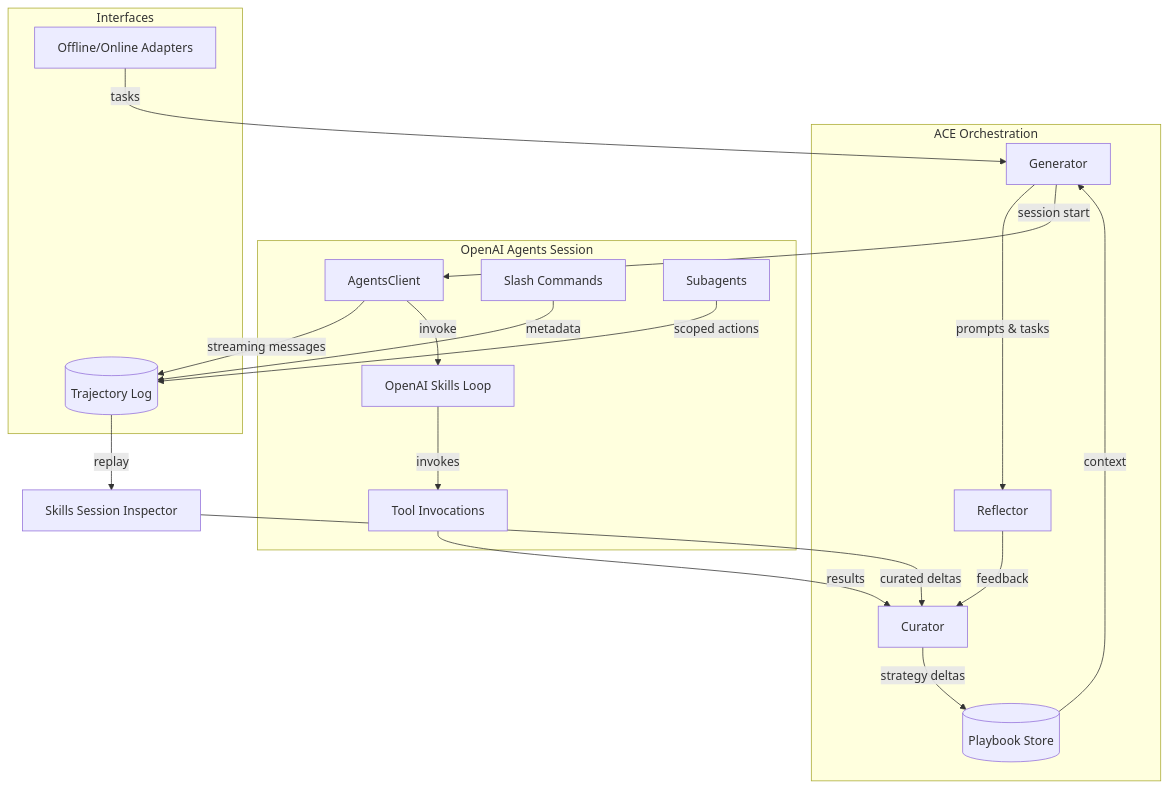
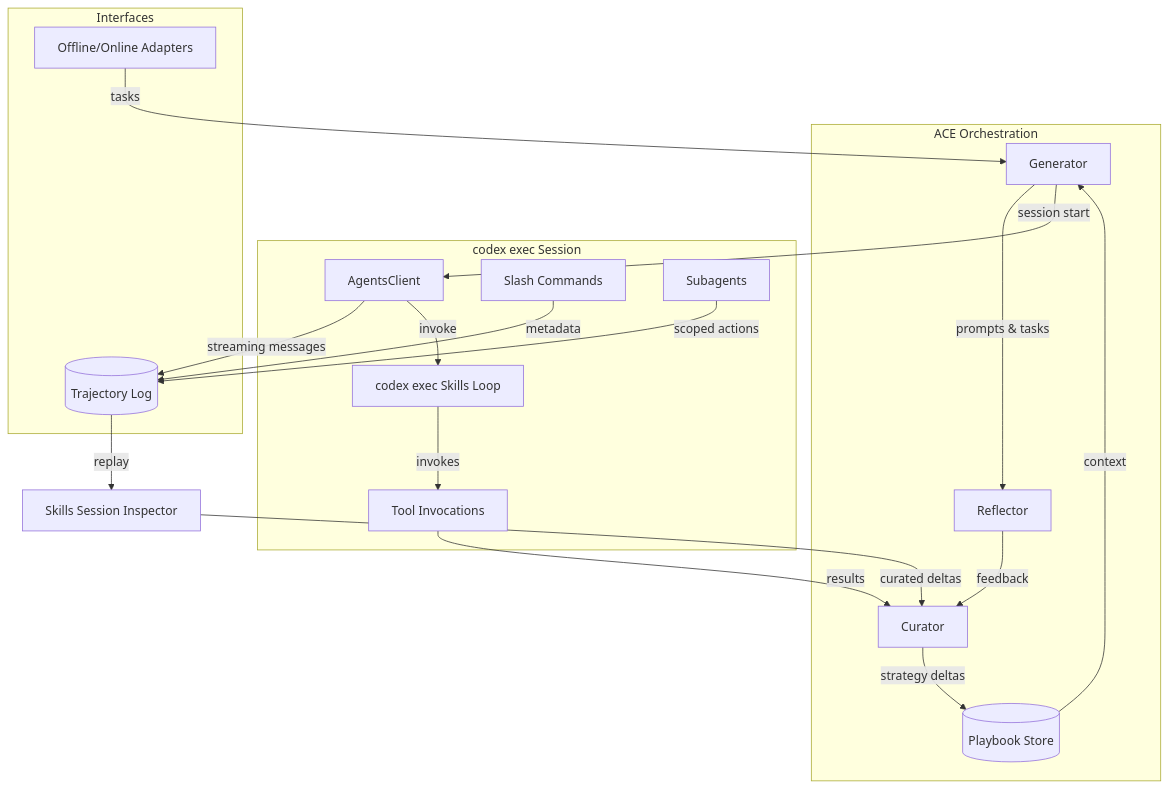
Before and after one commit to RawleySM/agentic-context-engine: the first of 4 diagrams in docs/ACEskills_plan.md, drawn with Mermaid. The commit also changed other lines of this file, not shown here.

Commit message:
Update skills plan to center codex exec integration

````diff
--- a/docs/ACEskills_plan.md
+++ b/docs/ACEskills_plan.md
@@ -125,37 +125,37 @@
 ```mermaid
 graph TD
     subgraph ACE Orchestration
         G[Generator]
         R[Reflector]
         C[Curator]
         PB[(Playbook Store)]
         G -- prompts & tasks --> R
         R -- feedback --> C
         C -- strategy deltas --> PB
         PB -- context --> G
     end
 
-    subgraph OpenAI Agents Session
+    subgraph codex exec Session
         OA[AgentsClient]
-        SK[OpenAI Skills Loop]
+        SK[codex exec Skills Loop]
         SC[Slash Commands]
         SA[Subagents]
         TL[Tool Invocations]
     end
 
     subgraph Interfaces
         AD[Offline/Online Adapters]
         TR[(Trajectory Log)]
     end
 
     AD -- tasks --> G
     G -- session start --> OA
     OA -- streaming messages --> TR
     OA -- invoke --> SK
     SK -- invokes --> TL
     SC -- metadata --> TR
     SA -- scoped actions --> TR
     TL -- results --> C
     TR -- replay --> Inspector[Skills Session Inspector]
     Inspector -- curated deltas --> C
 ```
````
